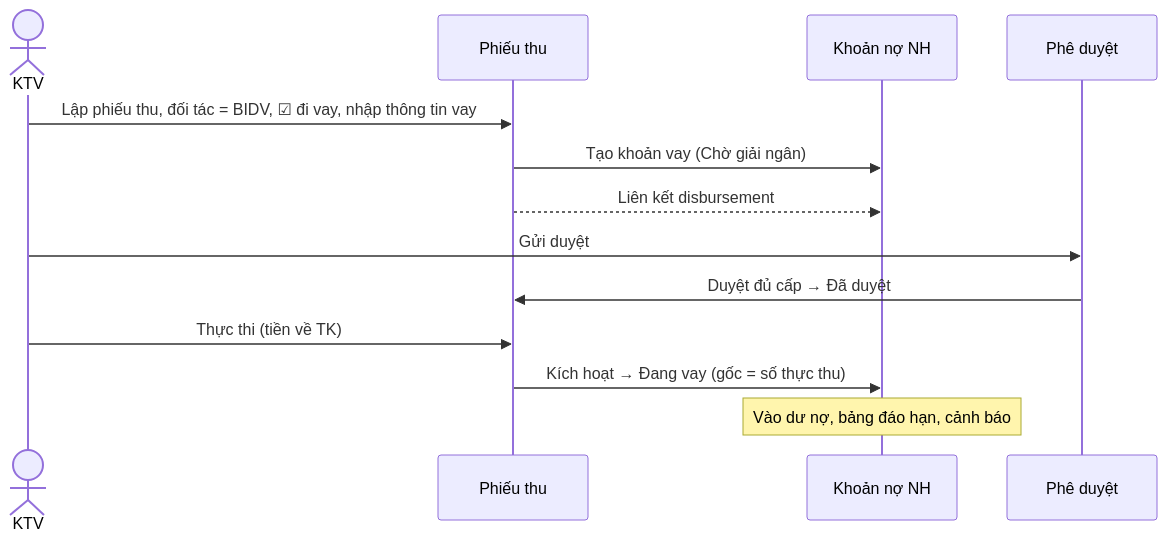
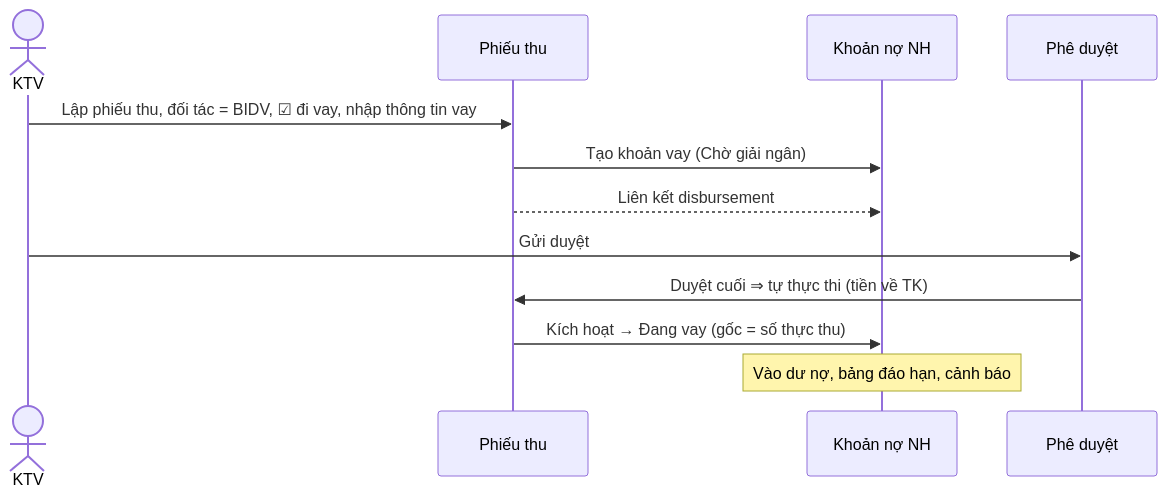
One commit to hainh/FinGate changed diagram 11 of 14 in v2/v2.md. Above: the diagram before and after it, drawn with Mermaid. The commit also changed other lines of this file, not shown here.

Commit message:
docs(v2): phieu chi khong chi tung phan - cap duyet cuoi chot so tien & tai khoan nguon; phieu thu duyet xong tu thuc thi; chi chan so du khi thuc thi (khop code hien tai)

````diff
--- a/v2/v2.md
+++ b/v2/v2.md
@@ -702,15 +711,14 @@
 ```mermaid
 sequenceDiagram
   actor KTV
   participant PT as Phiếu thu
   participant NH as Khoản nợ NH
   participant AP as Phê duyệt
   KTV->>PT: Lập phiếu thu, đối tác = BIDV, ☑ đi vay, nhập thông tin vay
   PT->>NH: Tạo khoản vay (Chờ giải ngân)
   PT-->>NH: Liên kết disbursement
   KTV->>AP: Gửi duyệt
-  AP->>PT: Duyệt đủ cấp → Đã duyệt
-  KTV->>PT: Thực thi (tiền về TK)
+  AP->>PT: Duyệt cuối ⇒ tự thực thi (tiền về TK)
   PT->>NH: Kích hoạt → Đang vay (gốc = số thực thu)
   Note over NH: Vào dư nợ, bảng đáo hạn, cảnh báo
 ```
````
